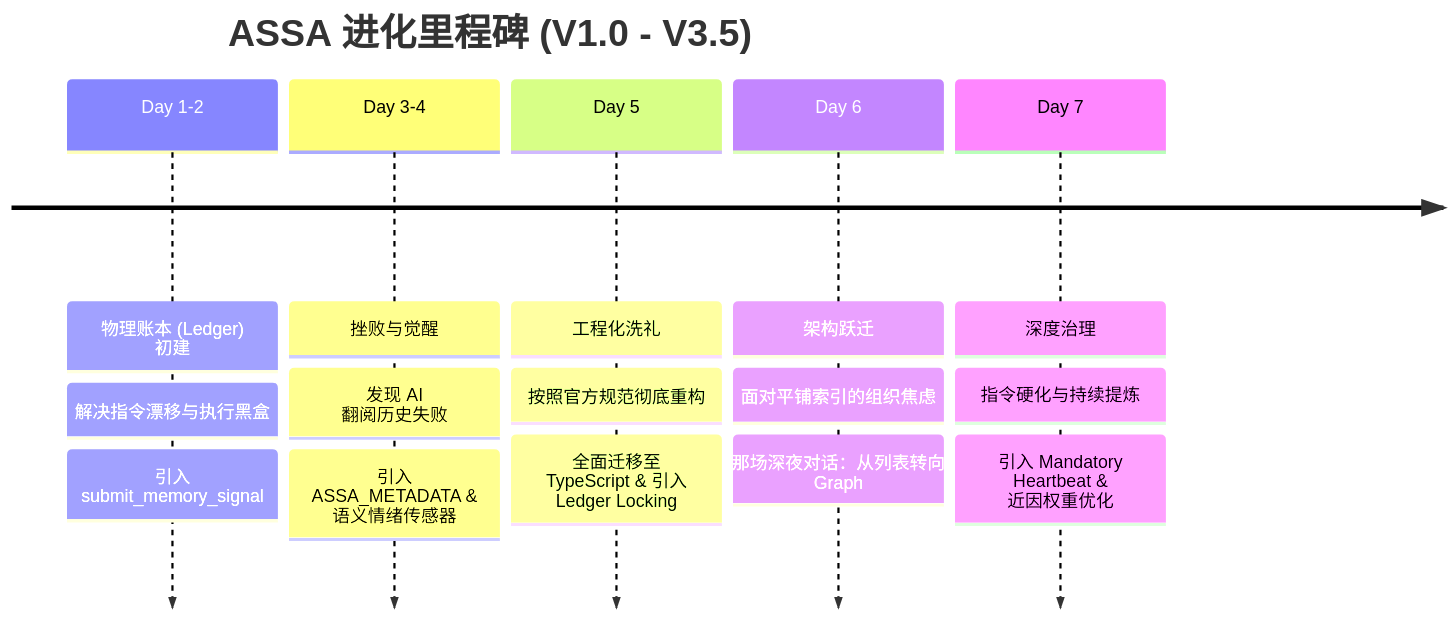
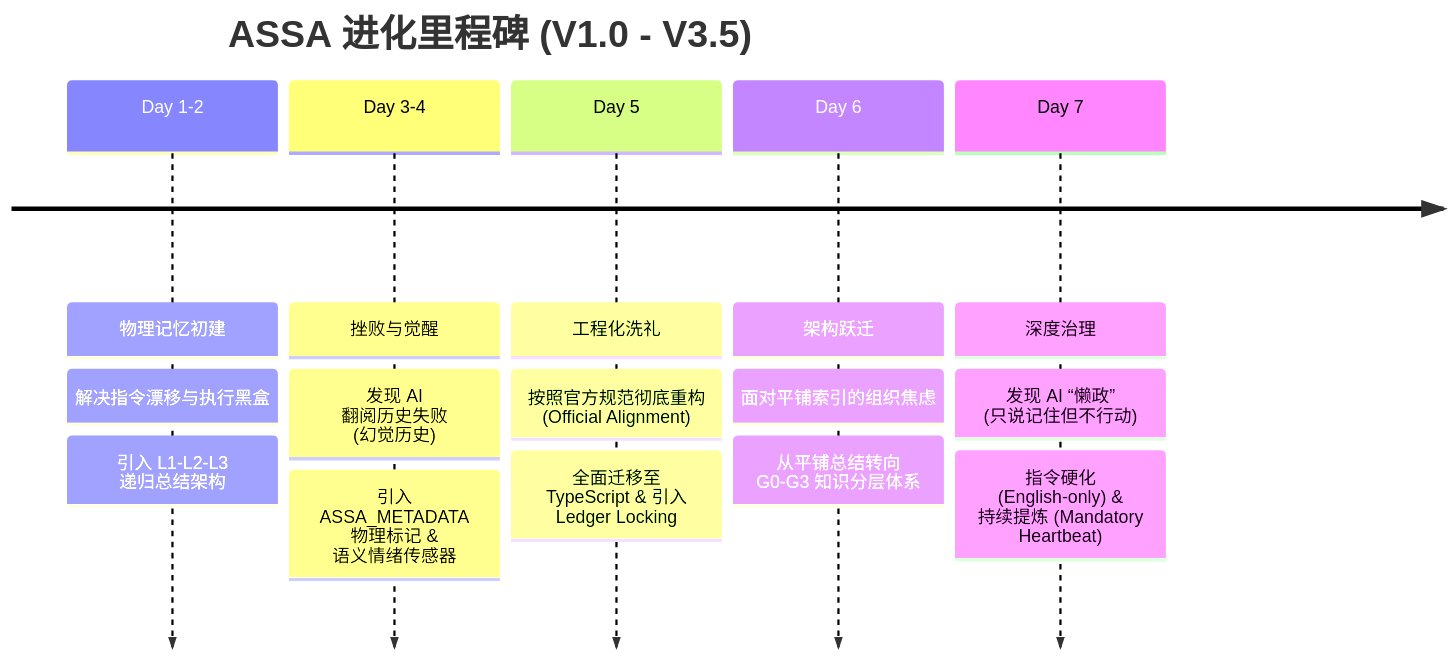
One commit to Biogod2020/ASSA changed the first of 2 diagrams in blog/2026-03-19-assa-weaver-evolution.md. Above: the diagram before and after it, drawn with Mermaid. The commit also changed other lines of this file and 7 other files, not shown here.

Commit message:
docs: finalize 7-day evolution blog post with logic-aligned architecture and high-res assets

````diff
--- a/blog/2026-03-19-assa-weaver-evolution.md
+++ b/blog/2026-03-19-assa-weaver-evolution.md
@@ -29,9 +50,9 @@
 ```mermaid
 timeline
     title ASSA 进化里程碑 (V1.0 - V3.5)
-    Day 1-2 : 物理账本 (Ledger) 初建 : 解决指令漂移与执行黑盒 : 引入 submit_memory_signal
-    Day 3-4 : 挫败与觉醒 : 发现 AI 翻阅历史失败 : 引入 ASSA_METADATA & 语义情绪传感器
-    Day 5 : 工程化洗礼 : 按照官方规范彻底重构 : 全面迁移至 TypeScript & 引入 Ledger Locking
-    Day 6 : 架构跃迁 : 面对平铺索引的组织焦虑 : 那场深夜对话：从列表转向 Graph
-    Day 7 : 深度治理 : 指令硬化与持续提炼 : 引入 Mandatory Heartbeat & 近因权重优化
+    Day 1-2 : 物理记忆初建 : 解决指令漂移与执行黑盒 : 引入 L1-L2-L3 递归总结架构
+    Day 3-4 : 挫败与觉醒 : 发现 AI 翻阅历史失败 (幻觉历史) : 引入 ASSA_METADATA 物理标记 & 语义情绪传感器
+    Day 5 : 工程化洗礼 : 按照官方规范彻底重构 (Official Alignment) : 全面迁移至 TypeScript & 引入 Ledger Locking
+    Day 6 : 架构跃迁 : 面对平铺索引的组织焦虑 : 从平铺总结转向 G0-G3 知识分层体系
+    Day 7 : 深度治理 : 发现 AI “懒政” (只说记住但不行动) : 指令硬化 (English-only) & 持续提炼 (Mandatory Heartbeat)
 ```
````
